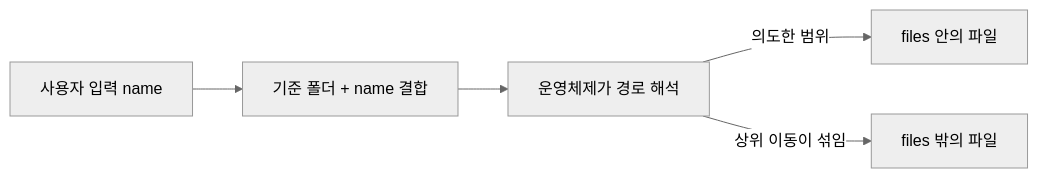
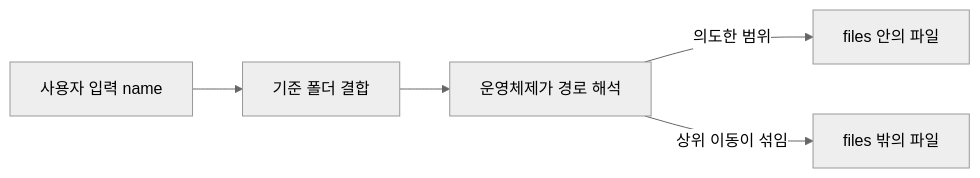
One commit to logiciris/logiciris.github.io changed the diagram in _notes/path-traversal.md. Above: the diagram before and after it, drawn with Mermaid (neutral theme). The commit also changed other lines of this file and 28 other files, not shown here.

Commit message:
Notes batches 1-2: qa fixes (accuracy, links, mermaid labels)

````diff
--- a/_notes/path-traversal.md
+++ b/_notes/path-traversal.md
@@ -22,7 +22,7 @@
 ```mermaid
 flowchart LR
-    U["사용자 입력 name"] --> J["기준 폴더 + name 결합"]
+    U["사용자 입력 name"] --> J["기준 폴더 결합"]
     J --> R["운영체제가 경로 해석"]
     R -->|"의도한 범위"| OK["files 안의 파일"]
     R -->|"상위 이동이 섞임"| NG["files 밖의 파일"]
 ```
````
